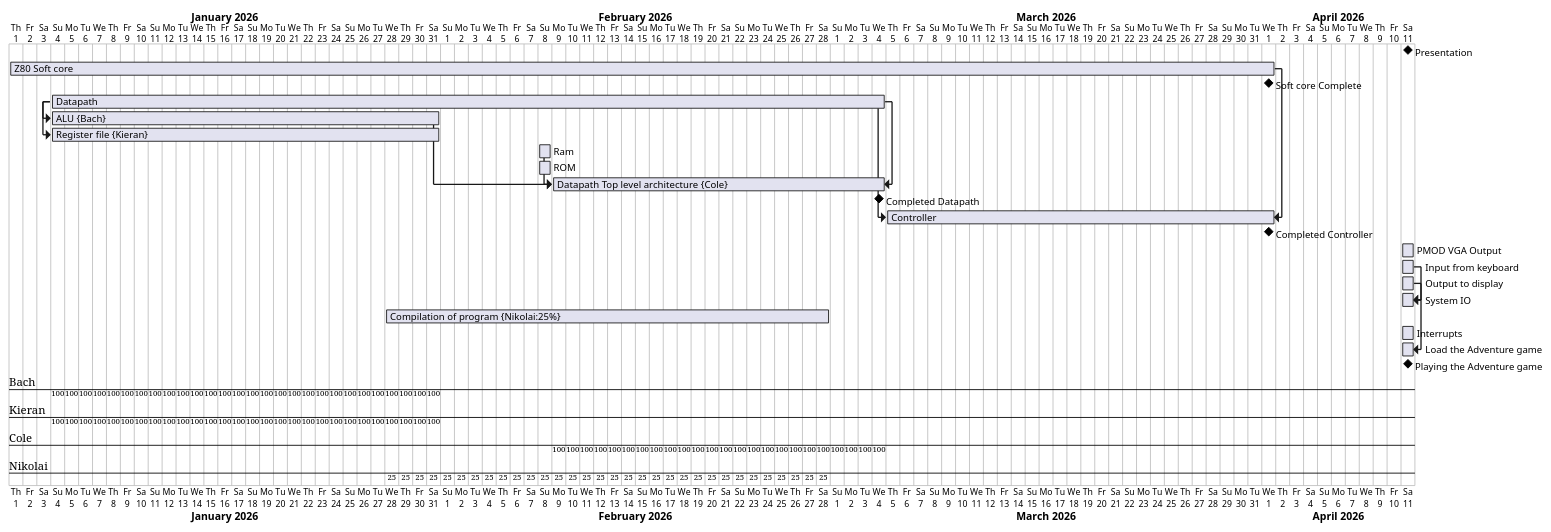
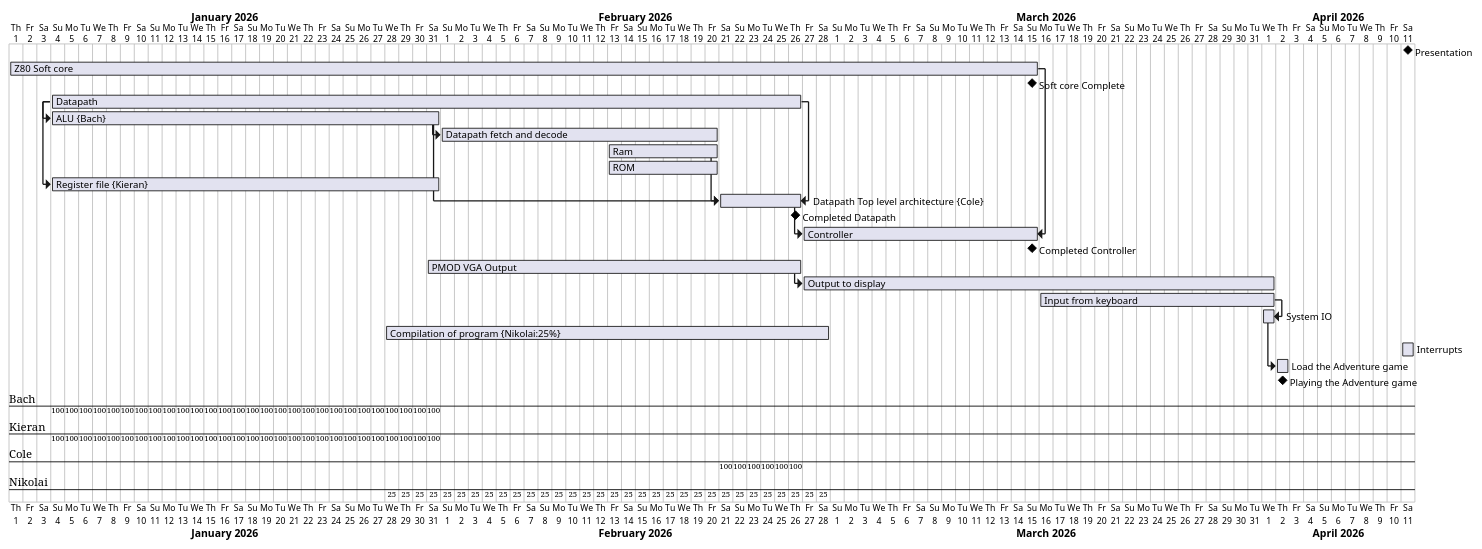
Before and after one commit to waridh/capstone-diagrams: the diagram in src/gantt-chart.puml, drawn with PlantUML.

Commit message:
updated the gantt chart

```diff
--- a/src/gantt-chart.puml
+++ b/src/gantt-chart.puml
@@ -1,28 +1,29 @@
 @startgantt
 Project starts 2026-01-01
 [Presentation] happens at 2026-04-11
-[Z80 Soft core] starts D+0 and ends 2026-04-01
+[Z80 Soft core] starts D+0 and ends 2026-03-15
 [Soft core Complete] happens at [Z80 Soft core]'s end
-[Datapath] starts D+3 and requires 60 days
+[Datapath] starts D+3 and ends at 2026-02-26
 [ALU] on {Bach} starts at [Datapath]'s start and ends 2026-01-31
+[Datapath fetch and decode] starts at [ALU]'s end and ends 2026-02-20
+[Ram] starts at 2026-02-13 and ends at 2026-02-20
+[ROM] starts at 2026-02-13 and ends at 2026-02-20
 [Register file] on {Kieran} starts at [Datapath]'s start and ends 2026-01-31
-[Ram] starts at 2026-02-8
-[ROM] starts at 2026-02-8
 [Datapath Top level architecture] on {Cole} ends at [Datapath]'s end
 [Completed Datapath] happens at [Datapath]'s end
 [Controller] ends at [Z80 Soft core]'s end
 [Completed Controller] happens at [Controller]'s end
-[Datapath] -> [Controller]
+[Datapath Top level architecture] -> [Controller]
 [Ram] -> [Datapath Top level architecture]
 [ALU] -> [Datapath Top level architecture]
 
-[PMOD VGA Output] ends at 2026-04-11
-[Input from keyboard] ends at 2026-04-11
-[Output to display] ends at 2026-04-11
+[PMOD VGA Output] ends at 2026-02-26 and starts at 2026-01-31
+[PMOD VGA Output] -> [Output to display]
+[Input from keyboard] ends at 2026-04-01 and starts at 2026-03-16
+[Output to display] ends at 2026-04-01
 [System IO] ends at [Input from keyboard]'s end
-[System IO] ends at [Output to display]'s end
 [Compilation of program] on {Nikolai:25} starts at 2026-01-28 and ends at 2026-02-28
 [Interrupts] ends 2026-04-11
-[Load the Adventure game] ends at [System IO]'s end
+[Load the Adventure game] starts at [System IO]'s end
 [Playing the Adventure game] happens at [Load the Adventure game]'s end
 @endgantt
```
